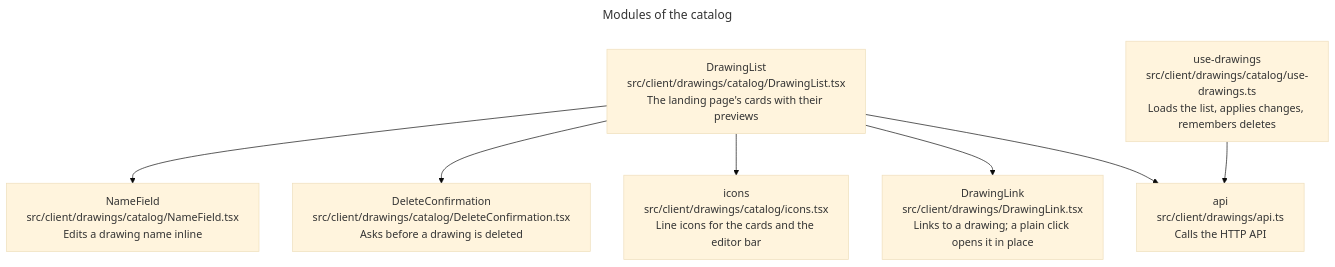
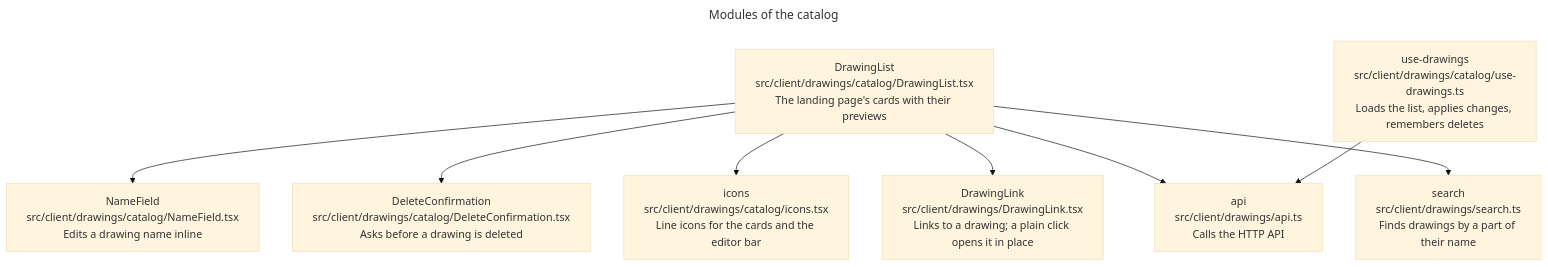
One commit to remshams/excalidraw-dashboard changed the seventh of 10 diagrams in docs/architecture/architecture.md. Above: the diagram before and after it, drawn with Mermaid (base theme). The commit also changed other lines of this file and 1 other file, not shown here.

Commit message:
docs(Architecture): add the search module

````diff
--- a/docs/architecture/architecture.md
+++ b/docs/architecture/architecture.md
@@ -174,15 +178,16 @@
 ```mermaid
 ---
 title: Modules of the catalog
 ---
 flowchart TD
     list["DrawingList<br>src/client/drawings/catalog/DrawingList.tsx<br>The landing page's cards with their previews"]:::module
     name["NameField<br>src/client/drawings/catalog/NameField.tsx<br>Edits a drawing name inline"]:::module
     confirm["DeleteConfirmation<br>src/client/drawings/catalog/DeleteConfirmation.tsx<br>Asks before a drawing is deleted"]:::module
     icons["icons<br>src/client/drawings/catalog/icons.tsx<br>Line icons for the cards and the editor bar"]:::module
     drawings["use-drawings<br>src/client/drawings/catalog/use-drawings.ts<br>Loads the list, applies changes, remembers deletes"]:::module
     link["DrawingLink<br>src/client/drawings/DrawingLink.tsx<br>Links to a drawing; a plain click opens it in place"]:::module
     api["api<br>src/client/drawings/api.ts<br>Calls the HTTP API"]:::module
-    list --> name & confirm & icons & link & api
+    search["search<br>src/client/drawings/search.ts<br>Finds drawings by a part of their name"]:::module
+    list --> name & confirm & icons & link & api & search
     drawings --> api
 ```
````
